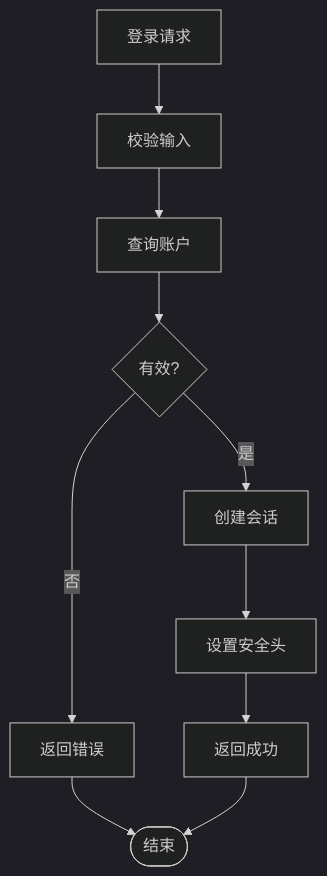
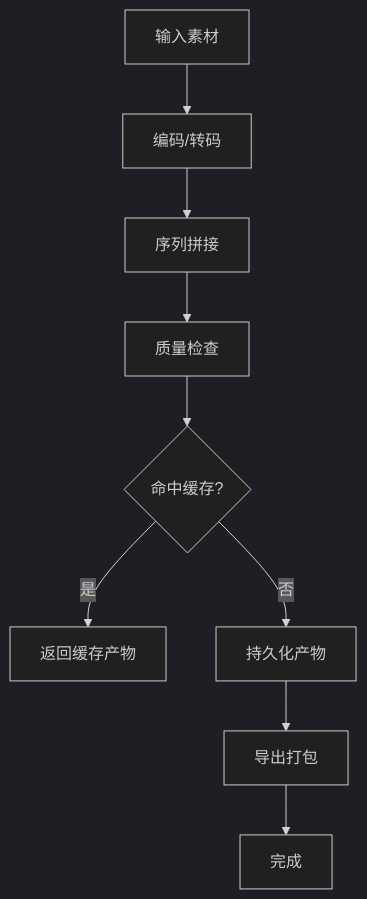
One commit to scottcwy/PurpleInk changed the seventh of 10 diagrams in .qoder/repowiki/zh/content/架构设计/架构设计.md. Above: the diagram before and after it, drawn with Mermaid (dark theme). The commit also changed other lines of this file and 872 other files, not shown here.

````diff
--- a/.qoder/repowiki/zh/content/架构设计/架构设计.md
+++ b/.qoder/repowiki/zh/content/架构设计/架构设计.md
@@ -409,12 +346,11 @@
 ```mermaid
 flowchart TD
-LoginStart["登录请求"] --> Validate["校验输入"]
-Validate --> CheckAccount["查询账户"]
-CheckAccount --> Valid{"有效?"}
-Valid --> |否| Error["返回错误"]
-Valid --> |是| CreateSession["创建会话"]
-CreateSession --> SetHeaders["设置安全头"]
-SetHeaders --> Success["返回成功"]
-Error --> End(["结束"])
-Success --> End
+Ingest["输入素材"] --> Encode["编码/转码"]
+Encode --> Concat["序列拼接"]
+Concat --> QC["质量检查"]
+QC --> CacheHit{"命中缓存?"}
+CacheHit --> |是| ReturnCache["返回缓存产物"]
+CacheHit --> |否| Persist["持久化产物"]
+Persist --> Export["导出打包"]
+Export --> Done["完成"]
 ```
````
